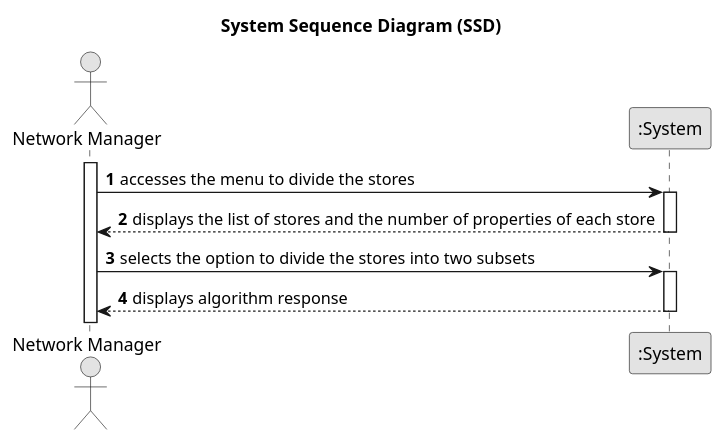
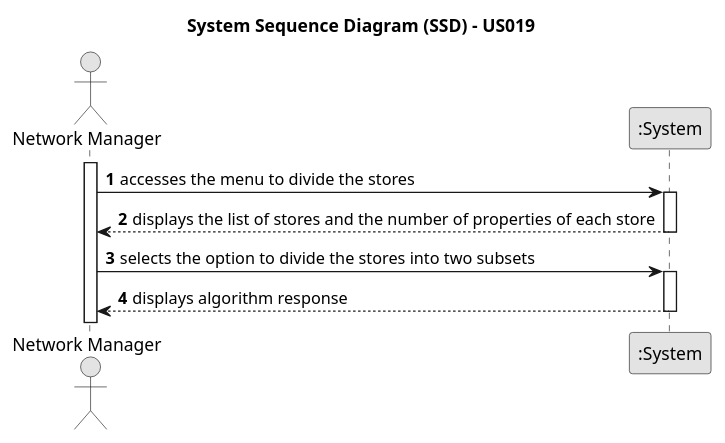
The diagram in docs/sprintD/us019/01.requirements-engineering/puml/us019-system-sequence-diagram.puml (Goncalves2525/real-estate-management-system), drawn with PlantUML before and after one commit. The commit also changed 31 other files, not shown here.

```diff
--- a/docs/sprintD/us019/01.requirements-engineering/puml/us019-system-sequence-diagram.puml
+++ b/docs/sprintD/us019/01.requirements-engineering/puml/us019-system-sequence-diagram.puml
@@ -1,28 +1,28 @@
 @startuml
 skinparam monochrome true
 skinparam packageStyle rectangle
 skinparam shadowing false
 
-title System Sequence Diagram (SSD)
+title System Sequence Diagram (SSD) - US019
 
 autonumber
 
 actor "Network Manager" as Manager
 participant ":System" as System
 
 activate Manager
 
     Manager -> System : accesses the menu to divide the stores
     activate System
 
     System --> Manager : displays the list of stores and the number of properties of each store
     deactivate System
 
     Manager -> System : selects the option to divide the stores into two subsets
     activate System
 
     System --> Manager : displays algorithm response
     deactivate System
 
 
 @enduml
```
